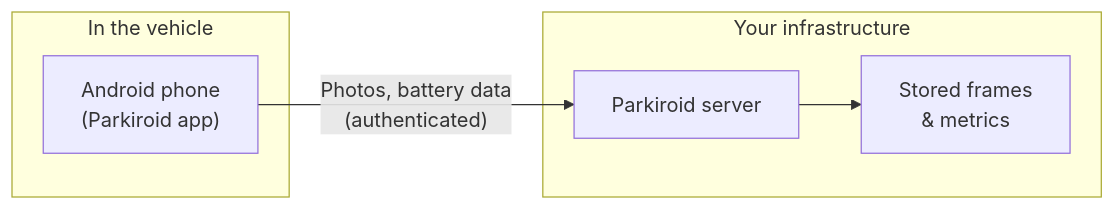
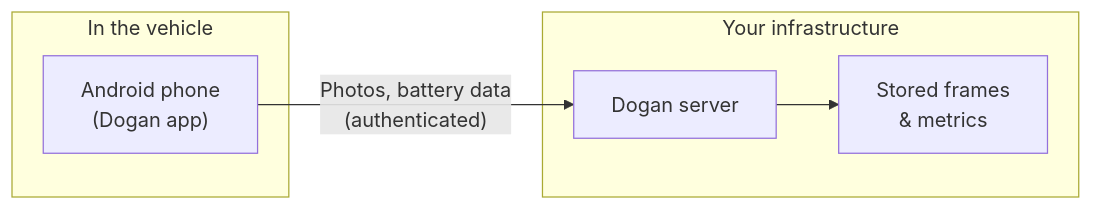
Before and after one commit to ArminDashti/parkiroid-android: the diagram in Docs/system-context.md, drawn with Mermaid. The commit also changed other lines of this file and 91 other files, not shown here.

````diff
--- a/Docs/system-context.md
+++ b/Docs/system-context.md
@@ -7,14 +7,14 @@
 ```mermaid
 flowchart LR
     subgraph field ["In the vehicle"]
-        Phone["Android phone\n(Parkiroid app)"]
+        Phone["Android phone\n(Dogan app)"]
     end
 
     subgraph backend ["Your infrastructure"]
-        Server["Parkiroid server"]
+        Server["Dogan server"]
         Storage["Stored frames\n& metrics"]
     end
 
     Phone -->|"Photos, battery data\n(authenticated)"| Server
     Server --> Storage
 ```
````
